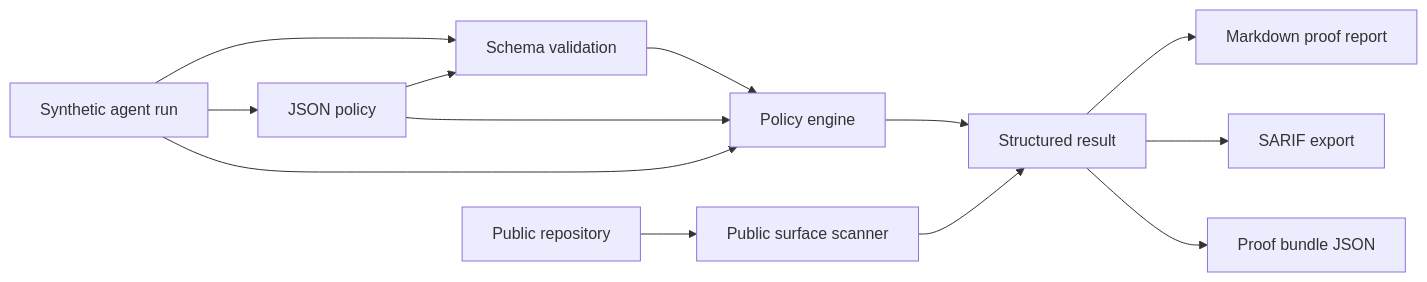
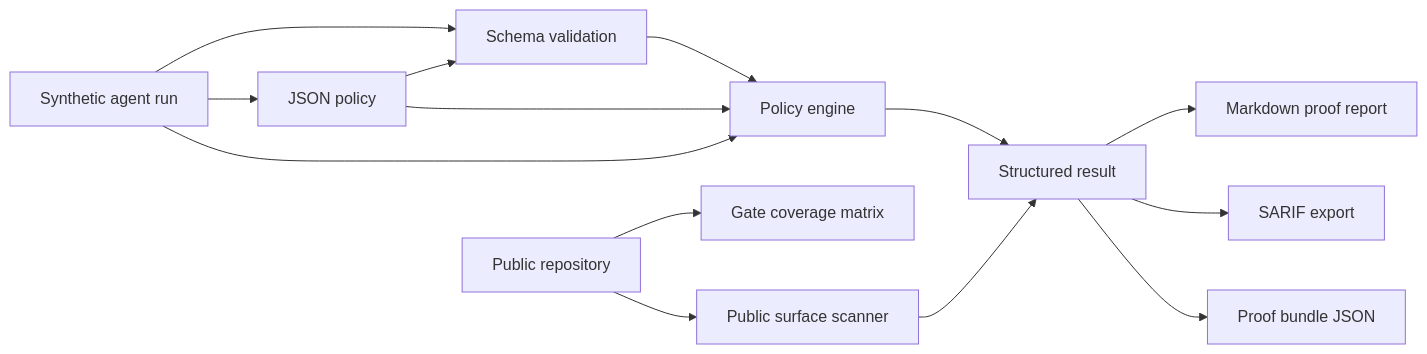
The diagram in docs/architecture.md (guillaumevele/agent-proof-kit), drawn with Mermaid before and after one commit. The commit also changed other lines of this file and 19 other files, not shown here.

Commit message:
Add gate coverage and harden proof artifacts

````diff
--- a/docs/architecture.md
+++ b/docs/architecture.md
@@ -5,15 +5,16 @@
 ```mermaid
 flowchart LR
   Fixture[Synthetic agent run] --> Policy[JSON policy]
   Fixture --> Schema[Schema validation]
   Policy --> Schema
   Schema --> Engine[Policy engine]
   Policy --> Engine
   Fixture --> Engine
   Engine --> Result[Structured result]
   Result --> Report[Markdown proof report]
   Result --> Sarif[SARIF export]
   Result --> Bundle[Proof bundle JSON]
+  Repo --> Coverage[Gate coverage matrix]
   Repo[Public repository] --> Scan[Public surface scanner]
   Scan --> Result
 ```
````
